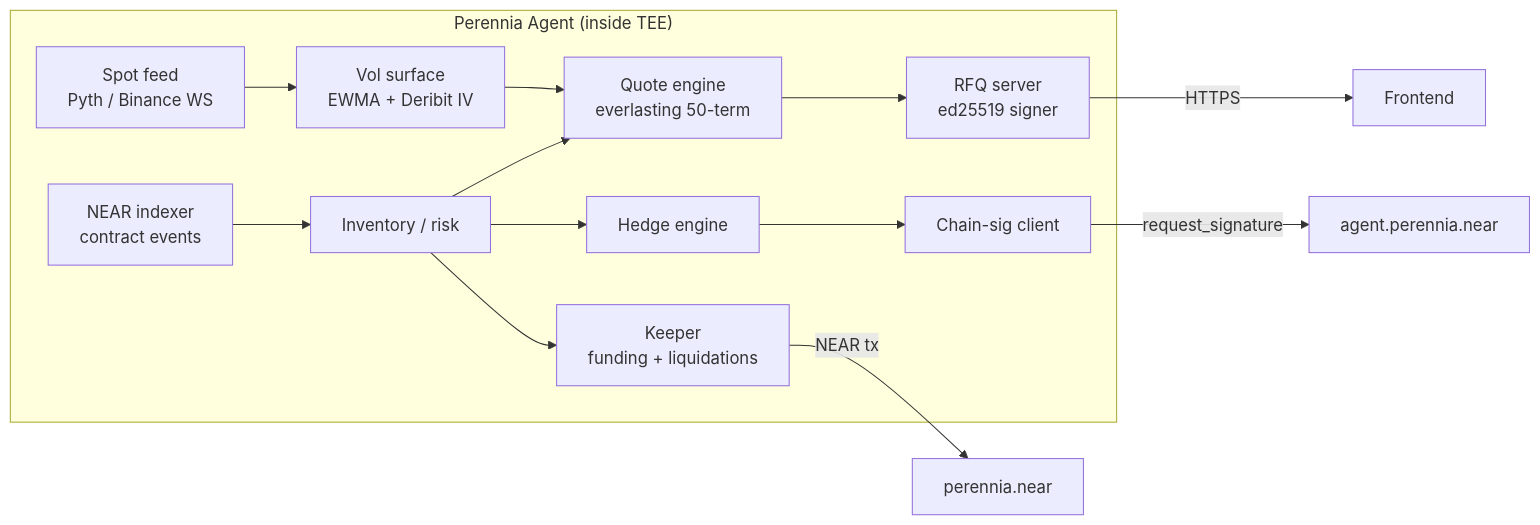
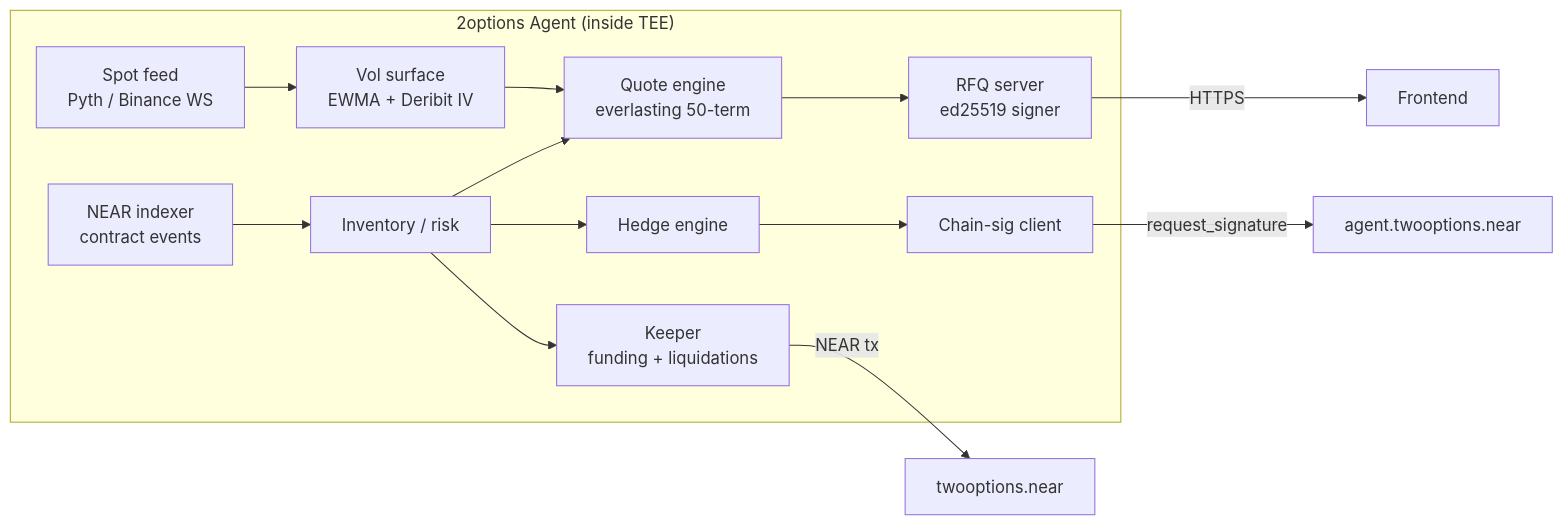
One commit to Aditya-dom/2options changed the tenth of 12 diagrams in NEAR_HACKATHON_PLAN.md. Above: the diagram before and after it, drawn with Mermaid. The commit also changed other lines of this file and 82 other files, not shown here.

````diff
--- a/NEAR_HACKATHON_PLAN.md
+++ b/NEAR_HACKATHON_PLAN.md
@@ -368,16 +368,16 @@
 ```mermaid
 flowchart LR
-    subgraph Agent["Perennia Agent (inside TEE)"]
+    subgraph Agent["2options Agent (inside TEE)"]
         F1[Spot feed<br/>Pyth / Binance WS] --> VS[Vol surface<br/>EWMA + Deribit IV]
         VS --> QE[Quote engine<br/>everlasting 50-term]
         QE --> RFQ[RFQ server<br/>ed25519 signer]
         IDX[NEAR indexer<br/>contract events] --> INV[Inventory / risk]
         INV --> QE
         INV --> HE[Hedge engine]
         INV --> KP[Keeper<br/>funding + liquidations]
         HE --> CS[Chain-sig client]
     end
     RFQ -->|HTTPS| FE[Frontend]
-    KP -->|NEAR tx| P[perennia.near]
-    CS -->|request_signature| AC[agent.perennia.near]
+    KP -->|NEAR tx| P[twooptions.near]
+    CS -->|request_signature| AC[agent.twooptions.near]
 ```
````
